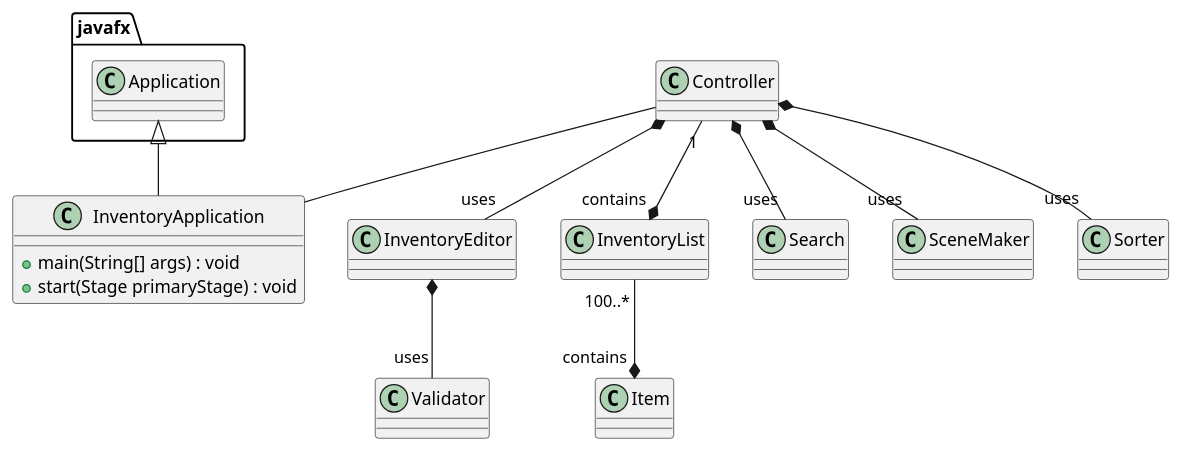
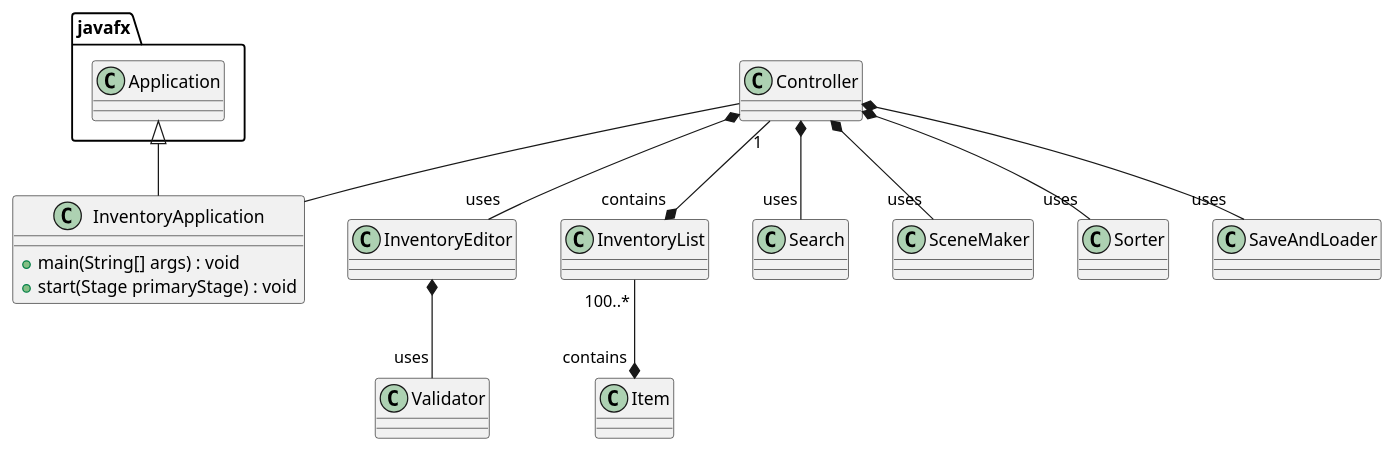
The diagram in uml/AppDiagram.puml (Umran-Jameel/Jameel-1807-a5), drawn with PlantUML before and after one commit. The commit also changed 3 other files, not shown here.

```diff
--- a/uml/AppDiagram.puml
+++ b/uml/AppDiagram.puml
@@ -1,50 +1,55 @@
 @startuml
 'https://plantuml.com/class-diagram
 class Controller {
 
 }
 
 
 class InventoryApplication {
  + main(String[] args) : void
  + start(Stage primaryStage) : void
 }
 
 class InventoryEditor {
 
 }
 
 class InventoryList {
 
 }
 
 class Item {
 
 }
 
 class Search {
 
 }
 
 class Validator {
 
 }
 
 class SceneMaker {
 
 }
 
 class Sorter {
 
 }
 
+class SaveAndLoader {
+
+}
+
 javafx.Application <|-- InventoryApplication
 Controller -- InventoryApplication
 Controller *-- "uses"Search
 Controller *-- "uses"InventoryEditor
 Controller *-- "uses"SceneMaker
+Controller *-- "uses"SaveAndLoader
 Controller"1" --* "contains"InventoryList
 InventoryList "100..*"--* "contains" Item
 InventoryEditor *-- "uses" Validator
 Controller *-- "uses"Sorter
 @enduml
```
